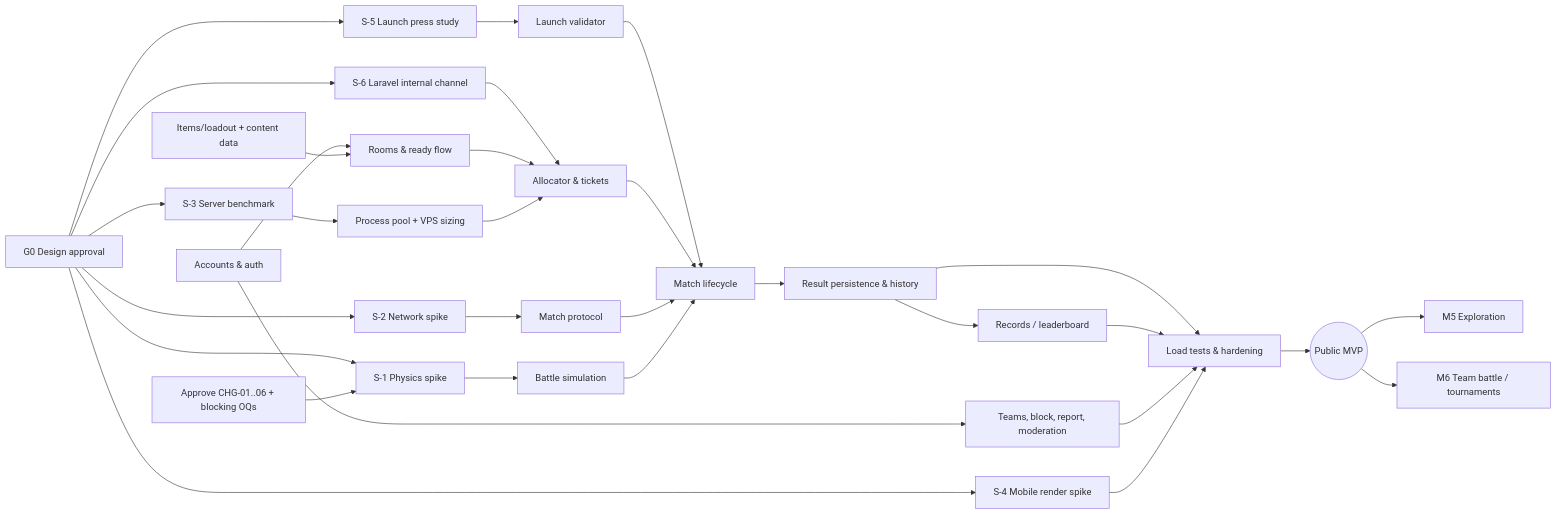
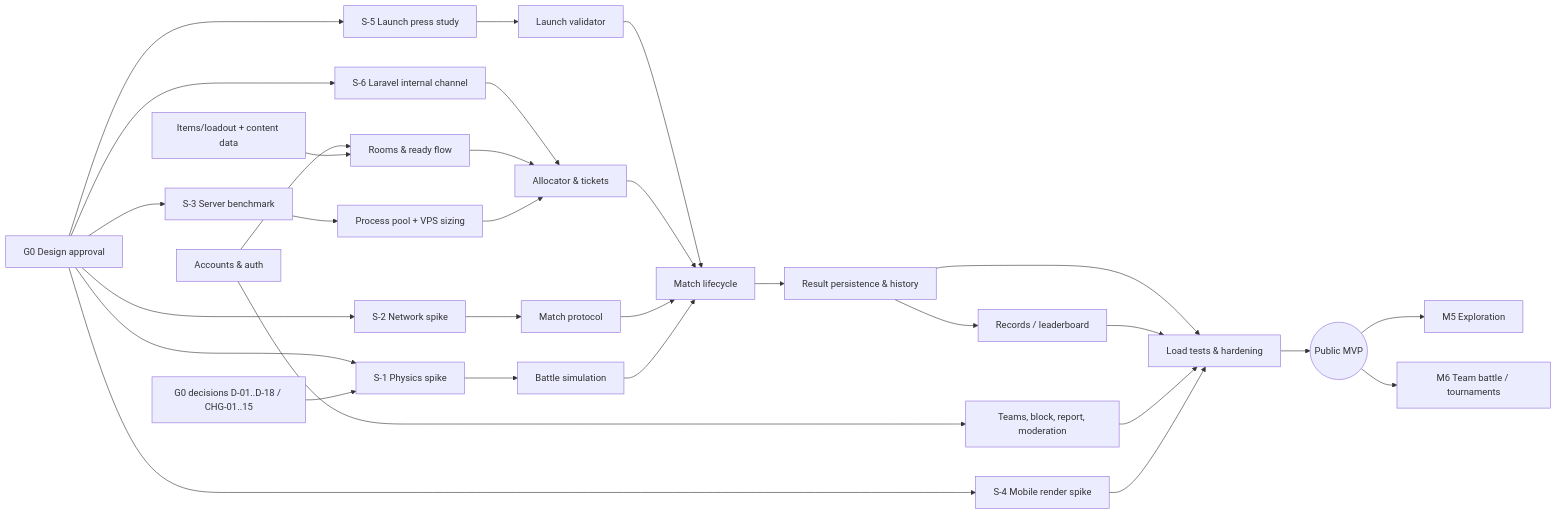
Before and after one commit to houcine212-hub/Bayblade_Sesytem: the diagram in docs/08-planning/roadmap.md, drawn with Mermaid. The commit also changed 55 other files, not shown here.

````diff
--- a/docs/08-planning/roadmap.md
+++ b/docs/08-planning/roadmap.md
@@ -19,33 +19,33 @@
 ```mermaid
 flowchart LR
   G0[G0 Design approval] --> S1[S-1 Physics spike]
   G0 --> S2[S-2 Network spike]
   G0 --> S3[S-3 Server benchmark]
   G0 --> S4[S-4 Mobile render spike]
   G0 --> S5[S-5 Launch press study]
   G0 --> S6[S-6 Laravel internal channel]
   S5 --> LAUNCH[Launch validator]
   S6 --> ALLOC
   LAUNCH --> MATCH
-  Q1[Approve CHG-01..06 + blocking OQs] --> S1
+  Q1[G0 decisions D-01..D-18 / CHG-01..15] --> S1
   S1 --> SIM[Battle simulation]
   S2 --> NET[Match protocol]
   S3 --> POOL[Process pool + VPS sizing]
   ACC[Accounts & auth] --> ROOM[Rooms & ready flow]
   INV[Items/loadout + content data] --> ROOM
   ROOM --> ALLOC[Allocator & tickets]
   POOL --> ALLOC
   ALLOC --> MATCH[Match lifecycle]
   NET --> MATCH
   SIM --> MATCH
   MATCH --> RES[Result persistence & history]
   RES --> REC[Records / leaderboard]
   ACC --> SOC[Teams, block, report, moderation]
   RES --> M4[Load tests & hardening]
   REC --> M4
   SOC --> M4
   M4 --> MVP((Public MVP))
   MVP --> EXP[M5 Exploration]
   MVP --> COMP[M6 Team battle / tournaments]
   S4 --> M4
 ```
````
